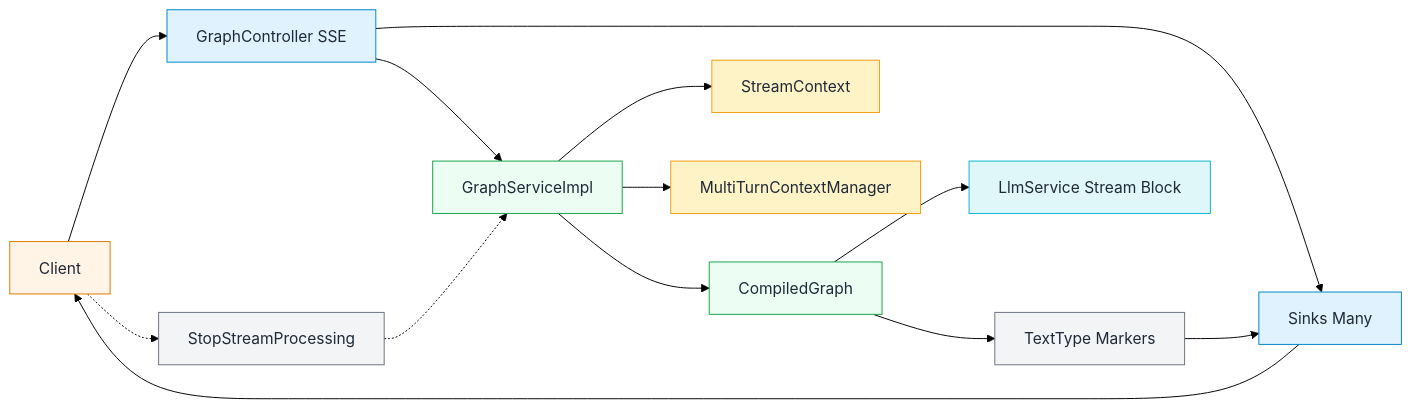
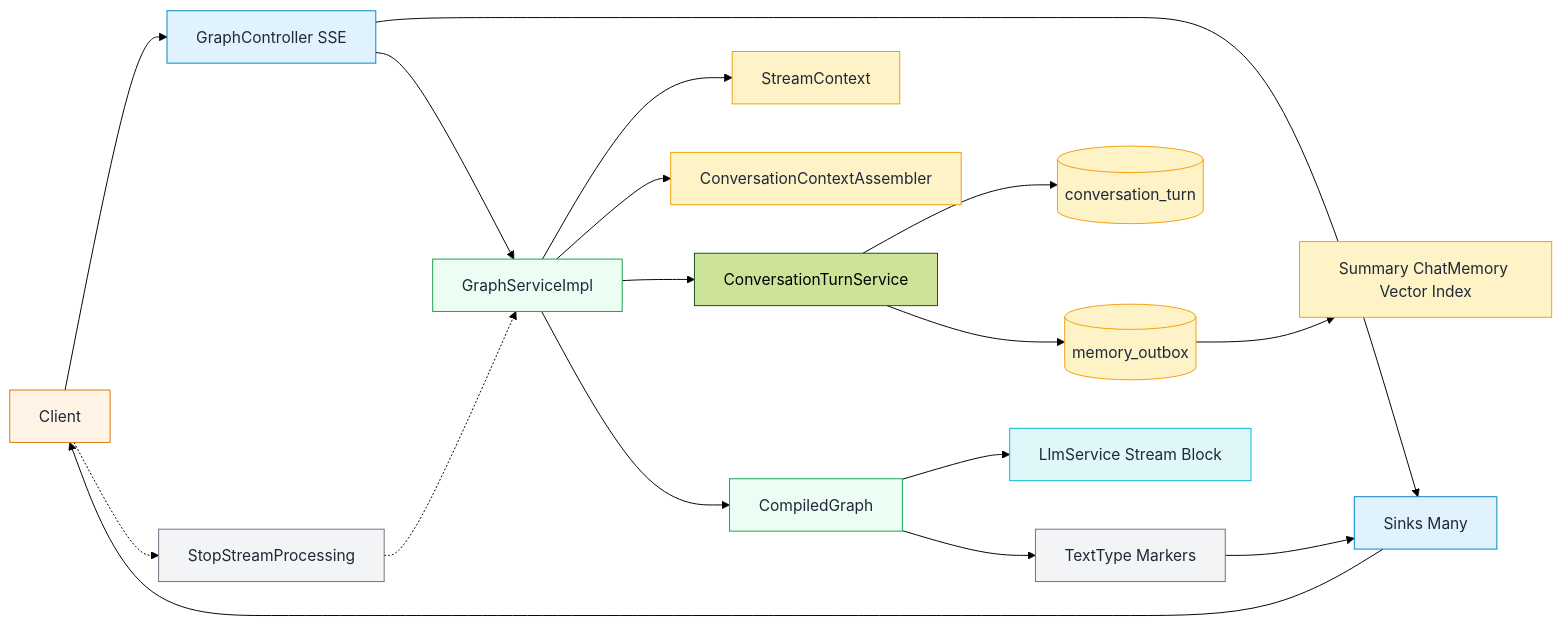
Before and after one commit to spring-ai-alibaba/DataAgent: diagram 11 of 18 in docs/ARCHITECTURE.md, drawn with Mermaid (forest theme). The commit also changed other lines of this file and 69 other files, not shown here.

````diff
--- a/docs/ARCHITECTURE.md
+++ b/docs/ARCHITECTURE.md
@@ -475,29 +484,33 @@
 ```mermaid
 flowchart LR
   Client --> SSE[GraphController SSE]
   SSE --> Sink[Sinks Many]
   SSE --> GraphSvc[GraphServiceImpl]
   GraphSvc --> StreamCtx[StreamContext]
-  GraphSvc --> Ctx[MultiTurnContextManager]
+  GraphSvc --> Ctx[ConversationContextAssembler]
+  GraphSvc --> Turn[ConversationTurnService]
+  Turn --> TurnDB[(conversation_turn)]
+  Turn --> Outbox[(memory_outbox)]
+  Outbox --> Projection[Summary ChatMemory Vector Index]
   GraphSvc --> Graph[CompiledGraph]
   Graph --> LLM[LlmService Stream Block]
   Graph --> TextType[TextType Markers]
   TextType --> Sink
   Sink --> Client
   Client -.-> Stop[StopStreamProcessing]
   Stop -.-> GraphSvc
 
   classDef client fill:#FFF4E6,stroke:#D97706,stroke-width:1px,color:#1F2937;
   classDef api fill:#E0F2FE,stroke:#0284C7,stroke-width:1px,color:#1F2937;
   classDef service fill:#ECFDF3,stroke:#16A34A,stroke-width:1px,color:#1F2937;
   classDef data fill:#FEF3C7,stroke:#F59E0B,stroke-width:1px,color:#1F2937;
   classDef llm fill:#E0F7FA,stroke:#06B6D4,stroke-width:1px,color:#1F2937;
   classDef control fill:#F3F4F6,stroke:#6B7280,stroke-width:1px,color:#1F2937;
 
   class Client client
   class SSE,Sink api
   class GraphSvc,Graph service
-  class StreamCtx,Ctx data
+  class StreamCtx,Ctx,TurnDB,Outbox,Projection data
   class LLM llm
   class TextType,Stop control
 ```
````
